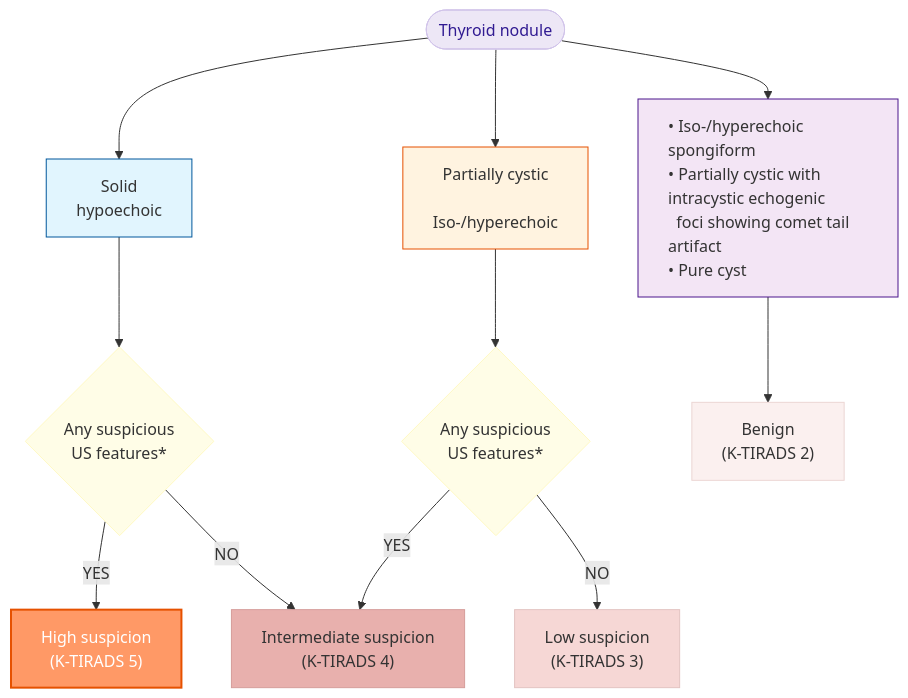
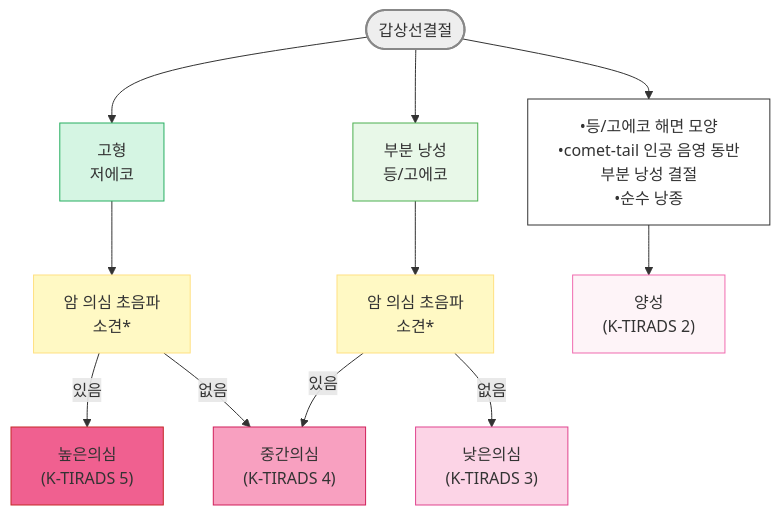
Before and after one commit to familyoh77/familyoh77: the diagram in 226_/107_-thyroid-nodule.md, drawn with Mermaid. The commit also changed other lines of this file and 1 other file, not shown here.

Commit message:
GITBOOK-1221: No subject

````diff
--- a/226_/107_-thyroid-nodule.md
+++ b/226_/107_-thyroid-nodule.md
@@ -139,41 +144,41 @@
 ```mermaid
 flowchart TD
-    Root([Thyroid nodule])
+    Root([갑상선결절])
     
-    P1["Solid<br>hypoechoic"]
-    P2["Partially cystic<br><br>Iso-/hyperechoic"]
-    P3["• Iso-/hyperechoic spongiform<br>• Partially cystic with intracystic echogenic<br>  foci showing comet tail artifact<br>• Pure cyst"]
+    P1["고형<br>저에코"]
+    P2["부분 낭성<br>등/고에코"]
+    P3["•등/고에코 해면 모양<br>•comet-tail 인공 음영 동반<br>  부분 낭성 결절<br>•순수 낭종"]
     
-    D1{"Any suspicious<br>US features*"}
-    D2{"Any suspicious<br>US features*"}
+    D1["암 의심 초음파<br>소견*"]
+    D2["암 의심 초음파<br>소견*"]
     
-    R5["High suspicion<br>(K-TIRADS 5)"]
-    R4["Intermediate suspicion<br>(K-TIRADS 4)"]
-    R3["Low suspicion<br>(K-TIRADS 3)"]
-    R2["Benign<br>(K-TIRADS 2)"]
-
+    R5["높은의심<br>(K-TIRADS 5)"]
+    R4["중간의심<br>(K-TIRADS 4)"]
+    R3["낮은의심<br>(K-TIRADS 3)"]
+    R2["양성<br>(K-TIRADS 2)"]
     Root --> P1
     Root --> P2
     Root --> P3
     
     P1 --> D1
     P2 --> D2
     
-    D1 -- YES --> R5
-    D1 -- NO --> R4
-    D2 -- YES --> R4
-    D2 -- NO --> R3
+    D1 -- 있음 --> R5
+    D1 -- 없음 --> R4
+    D2 -- 있음 --> R4
+    D2 -- 없음 --> R3
     
     P3 --> R2
+    style Root fill:#eeeeee,stroke:#888888,stroke-width:2px
+    style P1 fill:#d5f5e3,stroke:#27ae60
+    style P2 fill:#e8f8e8,stroke:#4caf50
+    style P3 fill:#fff,stroke:#333
+classDef yellow fill:#fff9c4,stroke:#ffe082
+class D1,D2 yellow
 
-    style Root fill:#EDE7F6,stroke:#D1C4E9,stroke-width:1px,color:#311B92
-    style P1 fill:#e1f5fe,stroke:#01579b,stroke-width:1px
-    style P2 fill:#fff3e0,stroke:#e65100,stroke-width:1px
-    style P3 fill:#f3e5f5,stroke:#4a148c,stroke-width:1px,text-align:left
-    style D1 fill:#FFFDE7,stroke:#FFF9C4,stroke-width:1px
-    style D2 fill:#FFFDE7,stroke:#FFF9C4,stroke-width:1px
-    style R5 fill:#f96,stroke:#e65100,stroke-width:2px,color:#FFF
-    style R4 fill:#E8B0AD,stroke:#D59D9A,stroke-width:1px
-    style R3 fill:#F6D7D5,stroke:#E3C3C1,stroke-width:1px
-    style R2 fill:#FBF0EF,stroke:#ECD6D4,stroke-width:1px
+style R2 fill:#fef4f8,stroke:#f06baf
+style R3 fill:#fcd4e6,stroke:#e0448e
+style R4 fill:#f8a0c0,stroke:#d01f5a
+style R5 fill:#f06090,stroke:#c62828
+
 ```
````
